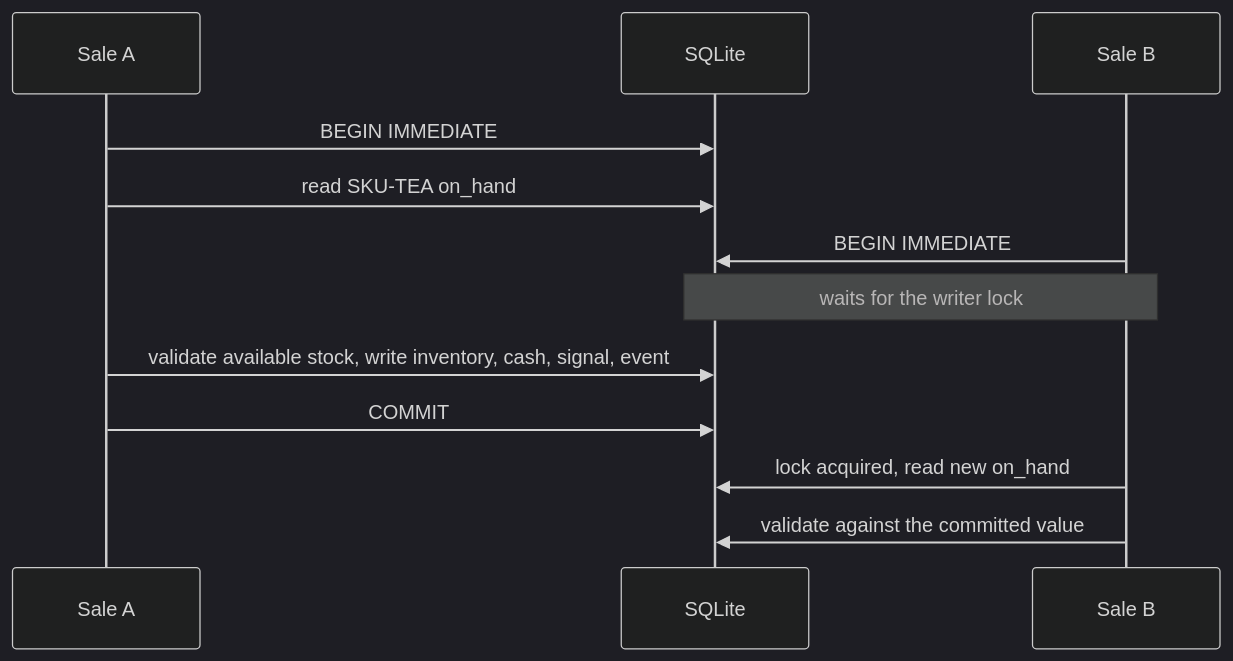
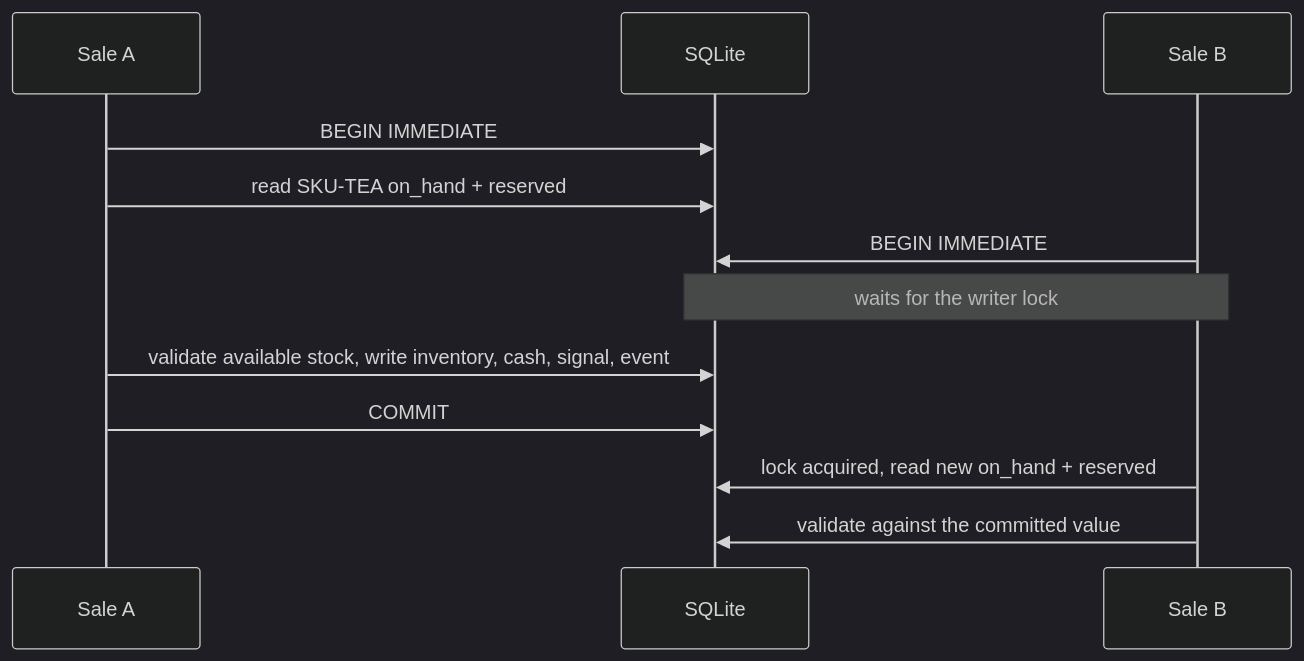
The second of 2 diagrams in book/ch09_each_product_has_its_own_threshold/README.md (profrodai/sovereign-agent), drawn with Mermaid (dark theme) before and after one commit. The commit also changed 2 other files, not shown here.

Commit message:
Align book proof diagrams with runtime

````diff
--- a/book/ch09_each_product_has_its_own_threshold/README.md
+++ b/book/ch09_each_product_has_its_own_threshold/README.md
@@ -346,14 +346,14 @@
 ```mermaid
 sequenceDiagram
     participant A as Sale A
     participant DB as SQLite
     participant B as Sale B
     A->>DB: BEGIN IMMEDIATE
-    A->>DB: read SKU-TEA on_hand
+    A->>DB: read SKU-TEA on_hand + reserved
     B->>DB: BEGIN IMMEDIATE
     Note over B,DB: waits for the writer lock
     A->>DB: validate available stock, write inventory, cash, signal, event
     A->>DB: COMMIT
-    B->>DB: lock acquired, read new on_hand
+    B->>DB: lock acquired, read new on_hand + reserved
     B->>DB: validate against the committed value
 ```
````
